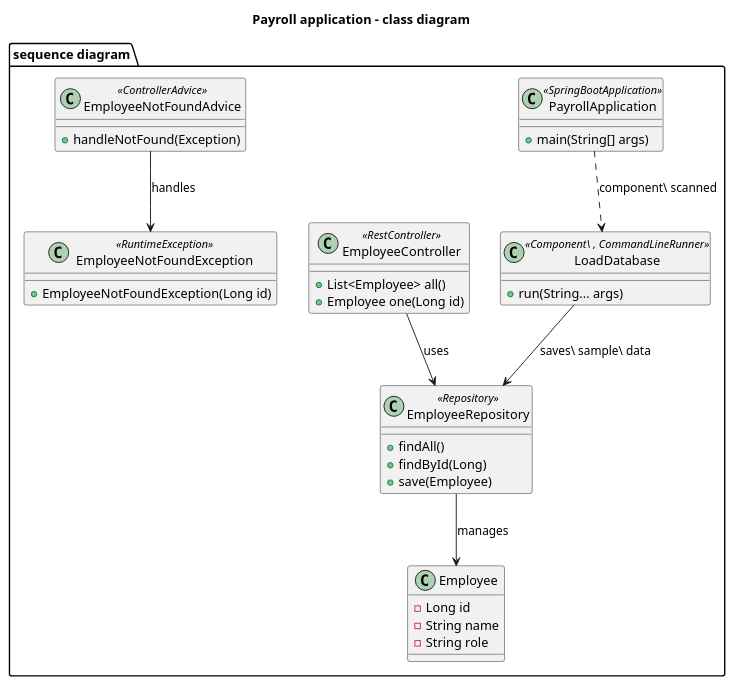
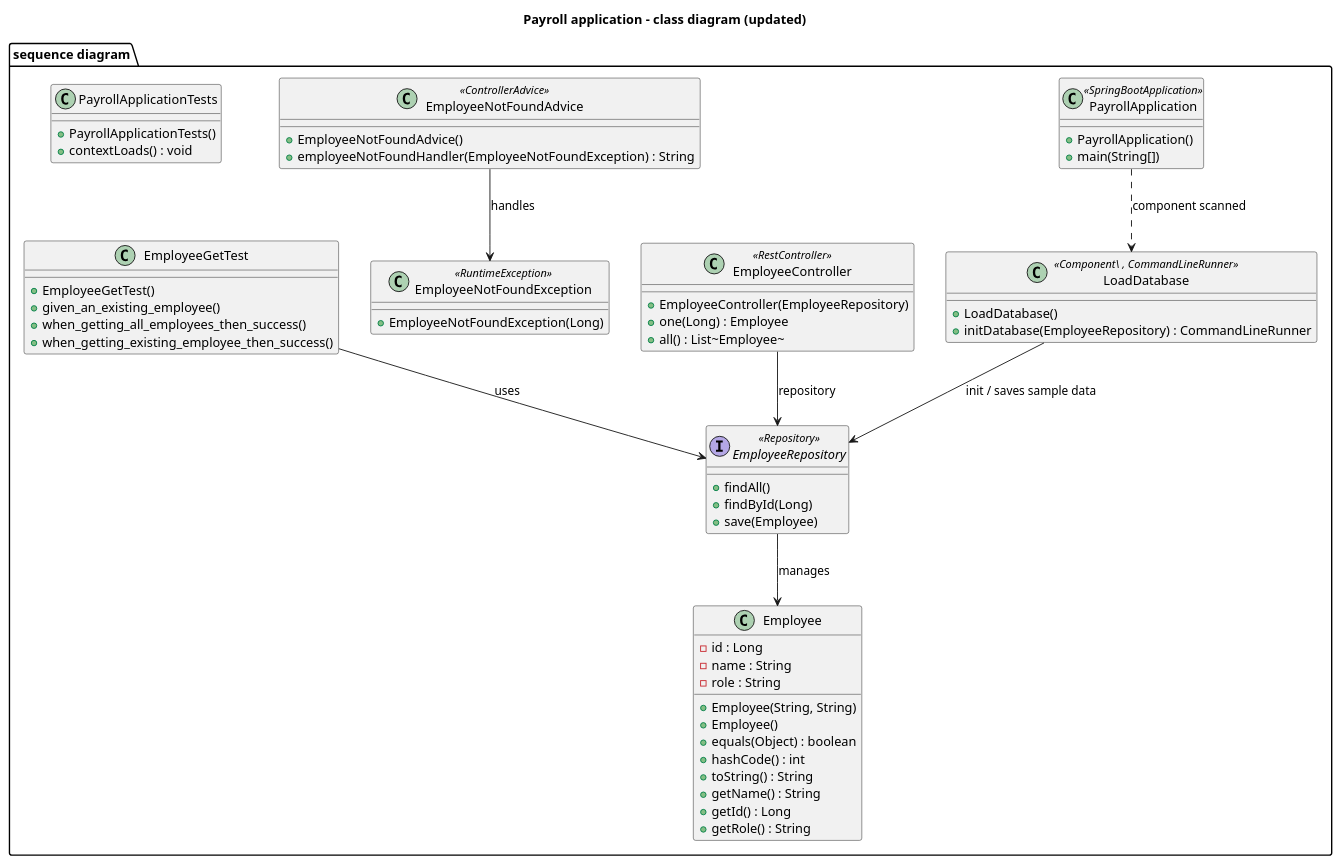
Before and after one commit to ETML-ES-FWBE/payroll-start-point: the diagram in docs/sequence.puml, drawn with PlantUML. The commit also changed other lines of this file, not shown here.

Commit message:
docs: add sequence diagram

```diff
--- a/docs/sequence.puml
+++ b/docs/sequence.puml
@@ -1,46 +1,71 @@
 @startuml
-title Payroll application - class diagram
+title Payroll application - class diagram (updated)
 
 package "sequence diagram" {
   class PayrollApplication <<SpringBootApplication>> {
-    +main(String[] args)
+    +PayrollApplication()
+    +main(String[])
   }
 
   class EmployeeController <<RestController>> {
-    +List<Employee> all()
-    +Employee one(Long id)
+    +EmployeeController(EmployeeRepository)
+    +one(Long) : Employee
+    +all() : List~Employee~
   }
 
-  class EmployeeRepository <<Repository>> {
+  interface EmployeeRepository <<Repository>> {
     +findAll()
     +findById(Long)
     +save(Employee)
   }
 
   class LoadDatabase <<Component\ , CommandLineRunner>> {
-    +run(String... args)
+    +LoadDatabase()
+    +initDatabase(EmployeeRepository) : CommandLineRunner
   }
 
   class Employee {
-    -Long id
-    -String name
-    -String role
+    -id : Long
+    -name : String
+    -role : String
+    +Employee(String, String)
+    +Employee()
+    +equals(Object) : boolean
+    +hashCode() : int
+    +toString() : String
+    +getName() : String
+    +getId() : Long
+    +getRole() : String
   }
 
   class EmployeeNotFoundException <<RuntimeException>> {
-    +EmployeeNotFoundException(Long id)
+    +EmployeeNotFoundException(Long)
   }
 
   class EmployeeNotFoundAdvice <<ControllerAdvice>> {
-    +handleNotFound(Exception)
+    +EmployeeNotFoundAdvice()
+    +employeeNotFoundHandler(EmployeeNotFoundException) : String
+  }
+
+  class EmployeeGetTest {
+    +EmployeeGetTest()
+    +given_an_existing_employee()
+    +when_getting_all_employees_then_success()
+    +when_getting_existing_employee_then_success()
+  }
+
+  class PayrollApplicationTests {
+    +PayrollApplicationTests()
+    +contextLoads() : void
   }
 }
 
 ' Relations
-EmployeeController --> EmployeeRepository : uses
+EmployeeController --> EmployeeRepository : repository
 EmployeeRepository --> Employee : manages
-LoadDatabase --> EmployeeRepository : saves\ sample\ data
+LoadDatabase --> EmployeeRepository : init / saves sample data
 EmployeeNotFoundAdvice --> EmployeeNotFoundException : handles
-PayrollApplication ..> LoadDatabase : component\ scanned
+EmployeeGetTest --> EmployeeRepository : uses
+PayrollApplication ..> LoadDatabase : component scanned
 
 @enduml
```
